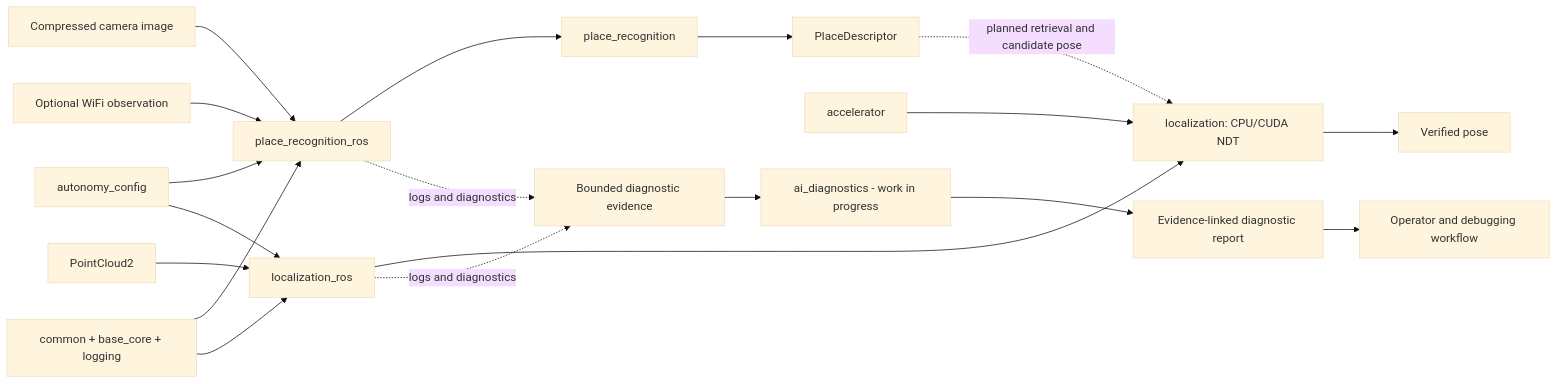
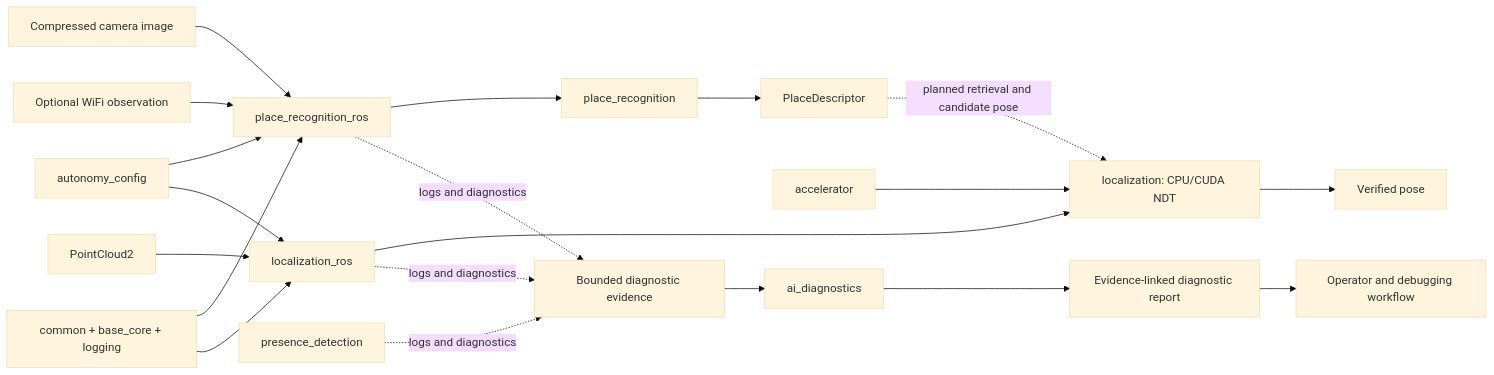
One commit to deepakupadhyay0/aegis-autonomy changed the diagram in README.md. Above: the diagram before and after it, drawn with Mermaid (base theme). The commit also changed other lines of this file and 27 other files, not shown here.

````diff
--- a/README.md
+++ b/README.md
@@ -25,25 +25,26 @@
 ```mermaid
 flowchart LR
     Camera[Compressed camera image] --> PRROS[place_recognition_ros]
     WiFi[Optional WiFi observation] --> PRROS
     PRROS --> PR[place_recognition]
     PR --> Descriptor[PlaceDescriptor]
 
     LiDAR[PointCloud2] --> LROS[localization_ros]
     LROS --> NDT[localization: CPU/CUDA NDT]
     Accelerator[accelerator] --> NDT
     NDT --> Pose[Verified pose]
 
     Descriptor -. planned retrieval and candidate pose .-> NDT
 
     Config[autonomy_config] --> PRROS
     Config --> LROS
     Core[common + base_core + logging] --> PRROS
     Core --> LROS
 
     PRROS -. logs and diagnostics .-> Evidence[Bounded diagnostic evidence]
     LROS -. logs and diagnostics .-> Evidence
-    Evidence --> AID[ai_diagnostics - work in progress]
+    Presence[presence_detection] -. logs and diagnostics .-> Evidence
+    Evidence --> AID[ai_diagnostics]
     AID --> Report[Evidence-linked diagnostic report]
     Report --> Operator[Operator and debugging workflow]
 ```
````
